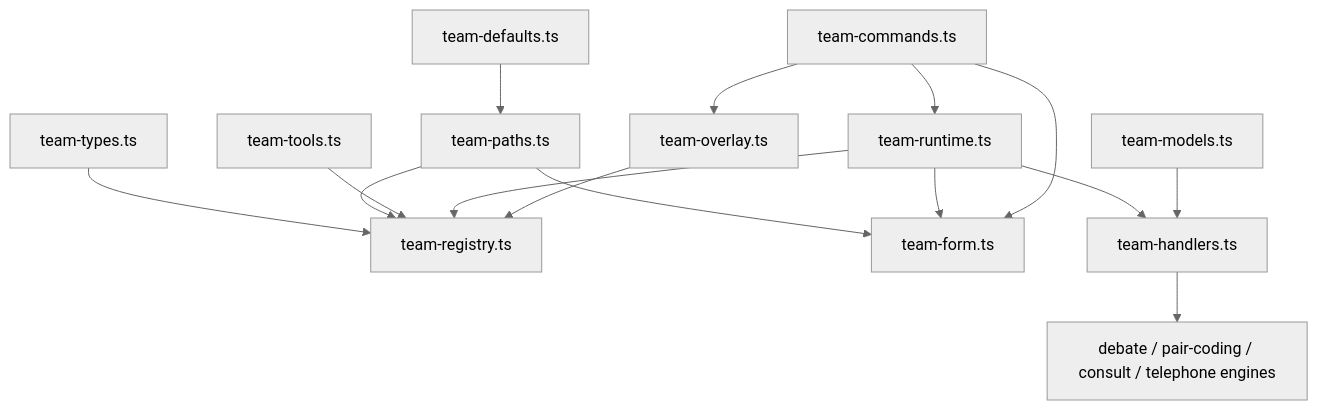
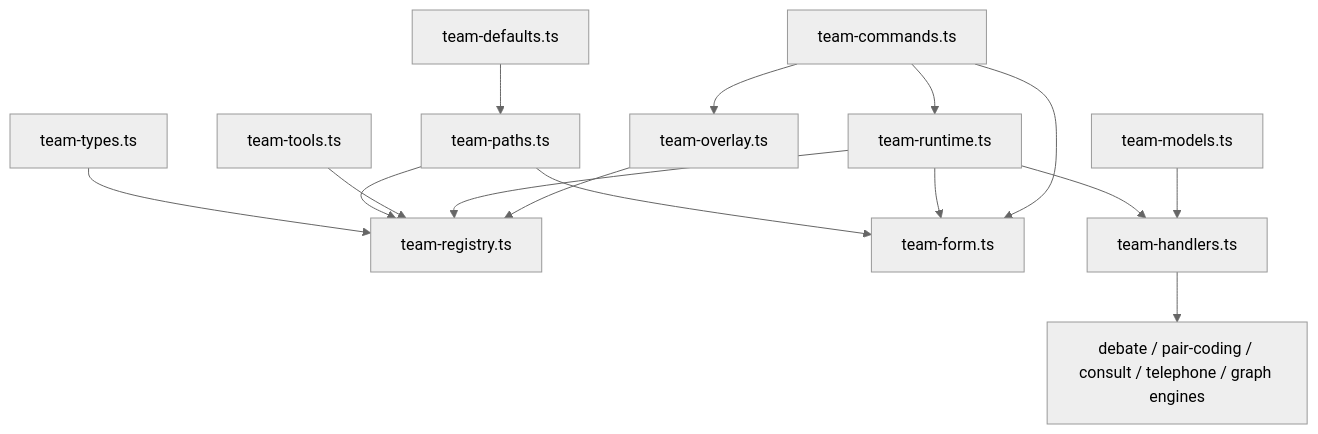
One commit to tS7hKamAYL84j91/pi-tools-and-skills changed the second of 2 diagrams in docs/teams-migration-plan.md. Above: the diagram before and after it, drawn with Mermaid (neutral theme). The commit also changed other lines of this file and 27 other files, not shown here.

Commit message:
feat(teams): add graph execution and manifest parameters

````diff
--- a/docs/teams-migration-plan.md
+++ b/docs/teams-migration-plan.md
@@ -27,17 +29,17 @@
 ```mermaid
 flowchart TD
   Types[team-types.ts] --> Registry[team-registry.ts]
   Paths[team-paths.ts] --> Registry
   Paths --> Form[team-form.ts]
   Defaults[team-defaults.ts] --> Paths
   Tools[team-tools.ts] --> Registry
   Runtime[team-runtime.ts] --> Handlers[team-handlers.ts]
   Runtime --> Form
   Runtime --> Registry
   Commands[team-commands.ts] --> Runtime
   Commands --> Form
   Commands --> Overlay
   Models[team-models.ts] --> Handlers
   Overlay[team-overlay.ts] --> Registry
-  Handlers --> Engines[debate / pair-coding / consult / telephone engines]
+  Handlers --> Engines[debate / pair-coding / consult / telephone / graph engines]
 ```
````
